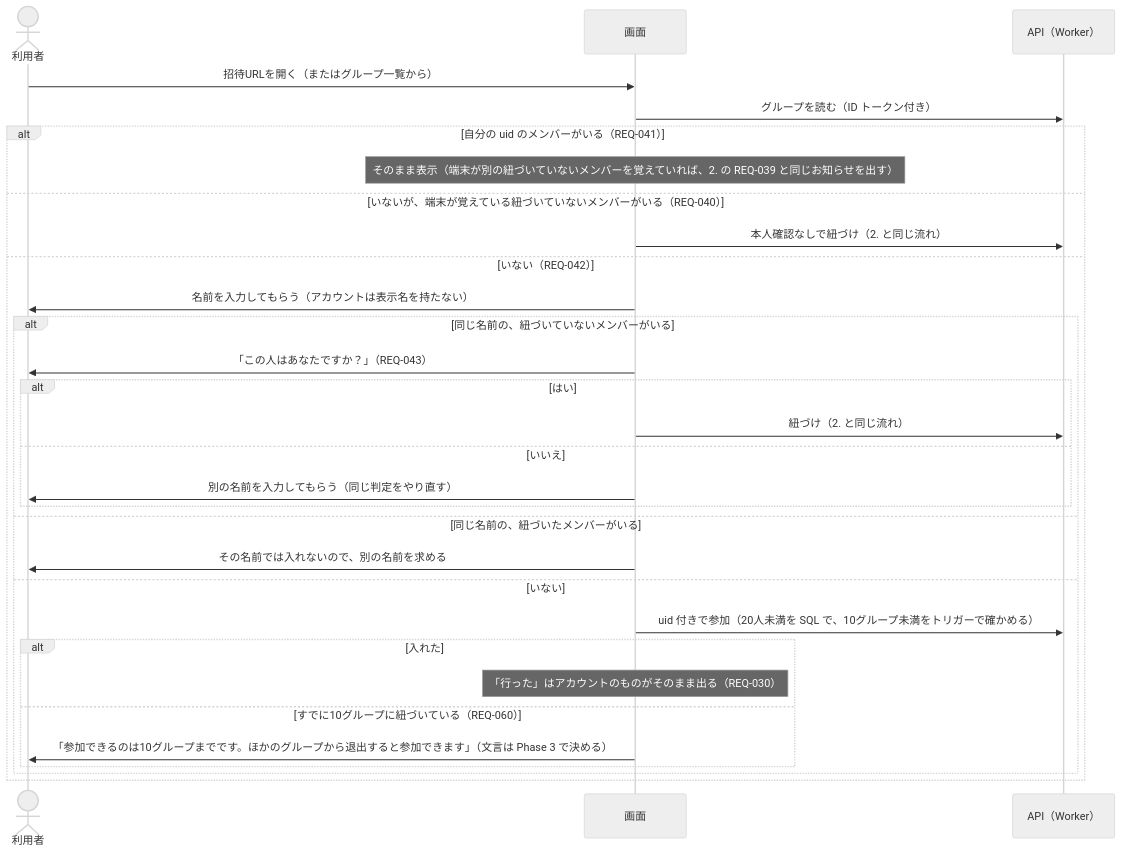
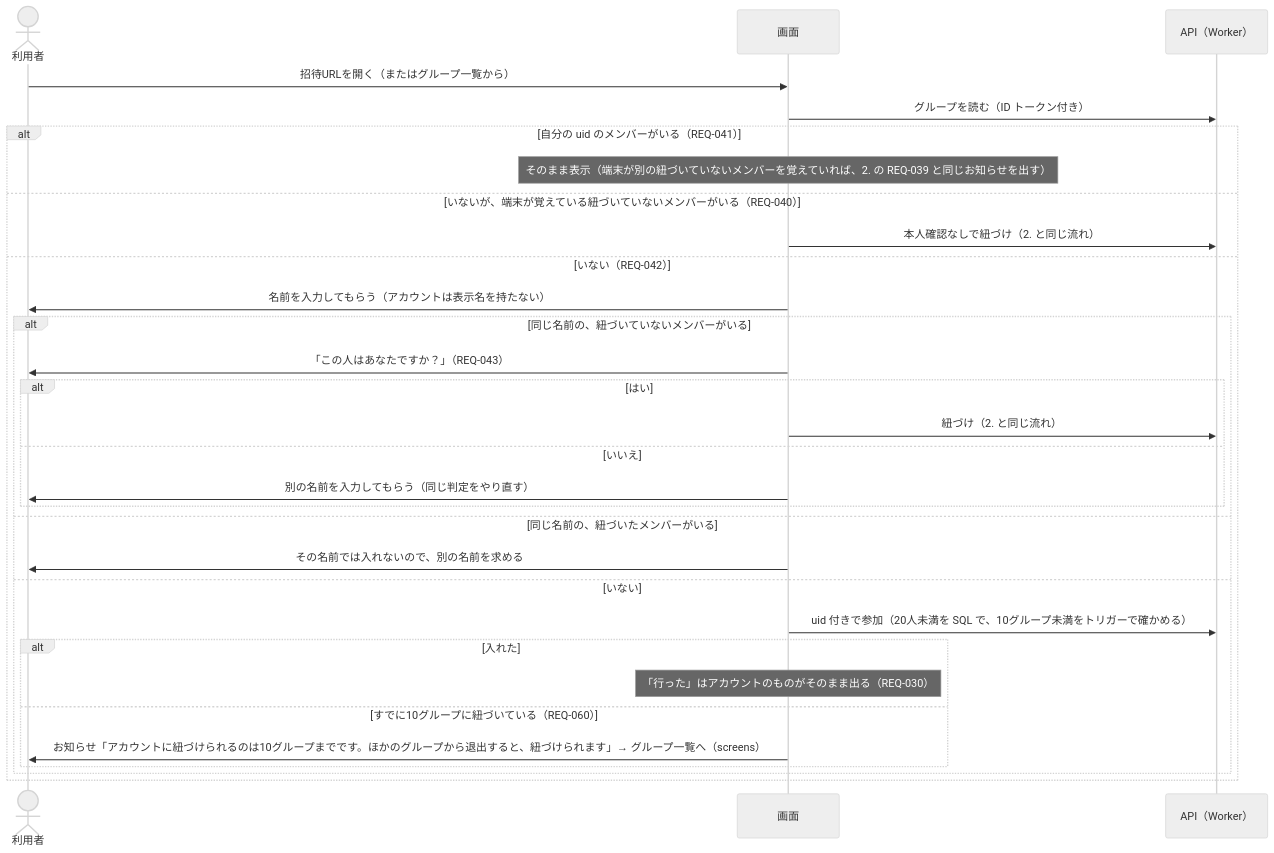
One commit to yuppy52/tabikaigi-map changed the third of 4 diagrams in docs/design/auth-flow.md. Above: the diagram before and after it, drawn with Mermaid (neutral theme). The commit also changed other lines of this file and 10 other files, not shown here.

````diff
--- a/docs/design/auth-flow.md
+++ b/docs/design/auth-flow.md
@@ -119,33 +120,33 @@
 ```mermaid
 sequenceDiagram
   actor U as 利用者
   participant App as 画面
   participant API as API（Worker）
 
   U->>App: 招待URLを開く（またはグループ一覧から）
   App->>API: グループを読む（ID トークン付き）
   alt 自分の uid のメンバーがいる（REQ-041）
     Note over App: そのまま表示（端末が別の紐づいていないメンバーを覚えていれば、2. の REQ-039 と同じお知らせを出す）
   else いないが、端末が覚えている紐づいていないメンバーがいる（REQ-040）
     App->>API: 本人確認なしで紐づけ（2. と同じ流れ）
   else いない（REQ-042）
     App->>U: 名前を入力してもらう（アカウントは表示名を持たない）
     alt 同じ名前の、紐づいていないメンバーがいる
       App->>U: 「この人はあなたですか？」（REQ-043）
       alt はい
         App->>API: 紐づけ（2. と同じ流れ）
       else いいえ
         App->>U: 別の名前を入力してもらう（同じ判定をやり直す）
       end
     else 同じ名前の、紐づいたメンバーがいる
       App->>U: その名前では入れないので、別の名前を求める
     else いない
       App->>API: uid 付きで参加（20人未満を SQL で、10グループ未満をトリガーで確かめる）
       alt 入れた
         Note over App: 「行った」はアカウントのものがそのまま出る（REQ-030）
       else すでに10グループに紐づいている（REQ-060）
-        App->>U: 「参加できるのは10グループまでです。ほかのグループから退出すると参加できます」（文言は Phase 3 で決める）
+        App->>U: お知らせ「アカウントに紐づけられるのは10グループまでです。ほかのグループから退出すると、紐づけられます」→ グループ一覧へ（screens）
       end
     end
   end
 ```
````
